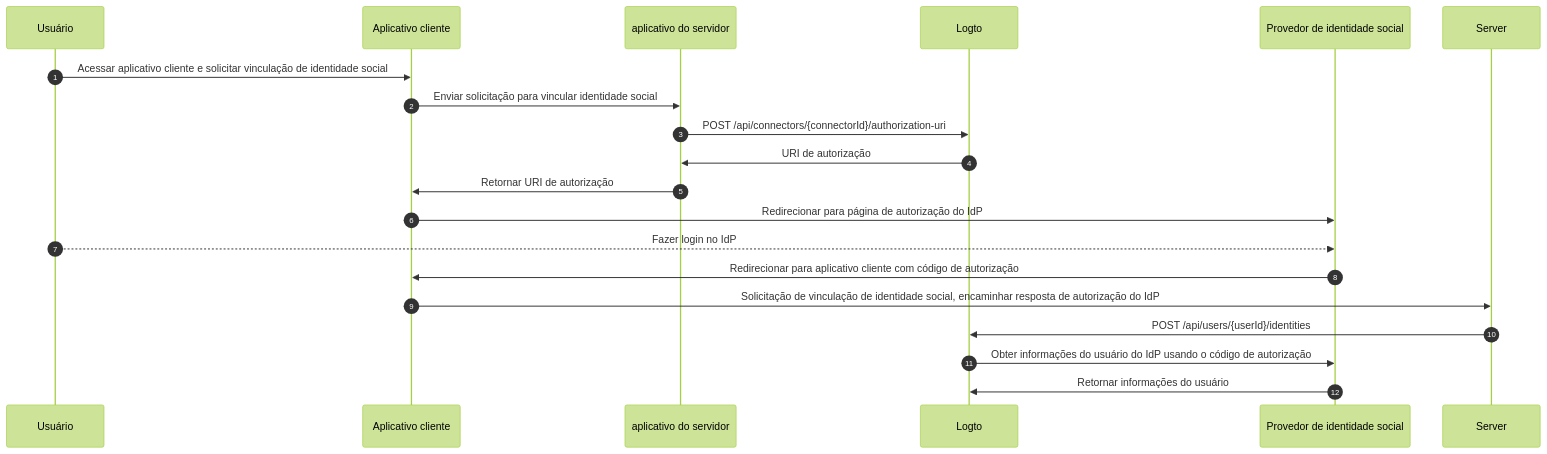
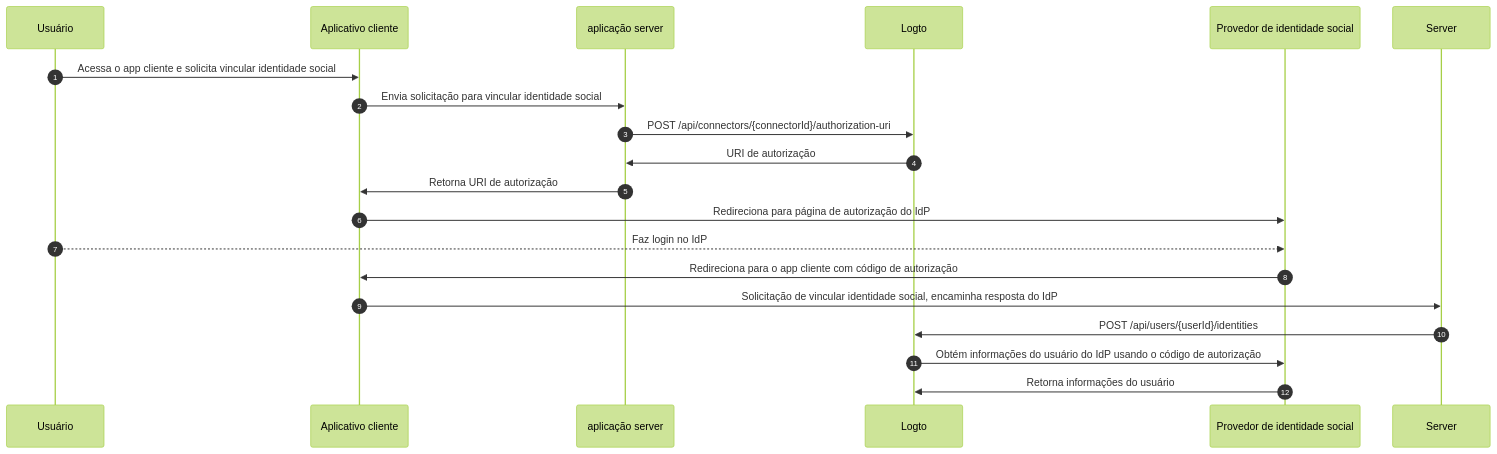
Before and after one commit to logto-io/docs: the third of 3 diagrams in i18n/pt-BR/docusaurus-plugin-content-docs/current/end-user-flows/account-settings/by-management-api.mdx, drawn with Mermaid (forest theme). The commit also changed other lines of this file and 137 other files, not shown here.

````diff
--- a/i18n/pt-BR/docusaurus-plugin-content-docs/current/end-user-flows/account-settings/by-management-api.mdx
+++ b/i18n/pt-BR/docusaurus-plugin-content-docs/current/end-user-flows/account-settings/by-management-api.mdx
@@ -120,22 +120,22 @@
 ```mermaid
 sequenceDiagram
     autoNumber
     participant User as Usuário
     participant Client as Aplicativo cliente
-    participant App as aplicativo do servidor
+    participant App as aplicação server
     participant Logto as Logto
     participant IdP as Provedor de identidade social
 
-    User ->> Client: Acessar aplicativo cliente e solicitar vinculação de identidade social
-    Client ->> App: Enviar solicitação para vincular identidade social
+    User ->> Client: Acessa o app cliente e solicita vincular identidade social
+    Client ->> App: Envia solicitação para vincular identidade social
     App ->> Logto: POST /api/connectors/{connectorId}/authorization-uri
     Logto ->> App: URI de autorização
-    App ->> Client: Retornar URI de autorização
-    Client ->> IdP: Redirecionar para página de autorização do IdP
-    User -->> IdP: Fazer login no IdP
-    IdP ->> Client: Redirecionar para aplicativo cliente com código de autorização
-    Client ->> Server: Solicitação de vinculação de identidade social, encaminhar resposta de autorização do IdP
+    App ->> Client: Retorna URI de autorização
+    Client ->> IdP: Redireciona para página de autorização do IdP
+    User -->> IdP: Faz login no IdP
+    IdP ->> Client: Redireciona para o app cliente com código de autorização
+    Client ->> Server: Solicitação de vincular identidade social, encaminha resposta do IdP
     Server ->> Logto: POST /api/users/{userId}/identities
-    Logto ->> IdP: Obter informações do usuário do IdP usando o código de autorização
-    IdP ->> Logto: Retornar informações do usuário
+    Logto ->> IdP: Obtém informações do usuário do IdP usando o código de autorização
+    IdP ->> Logto: Retorna informações do usuário
 ```
````
